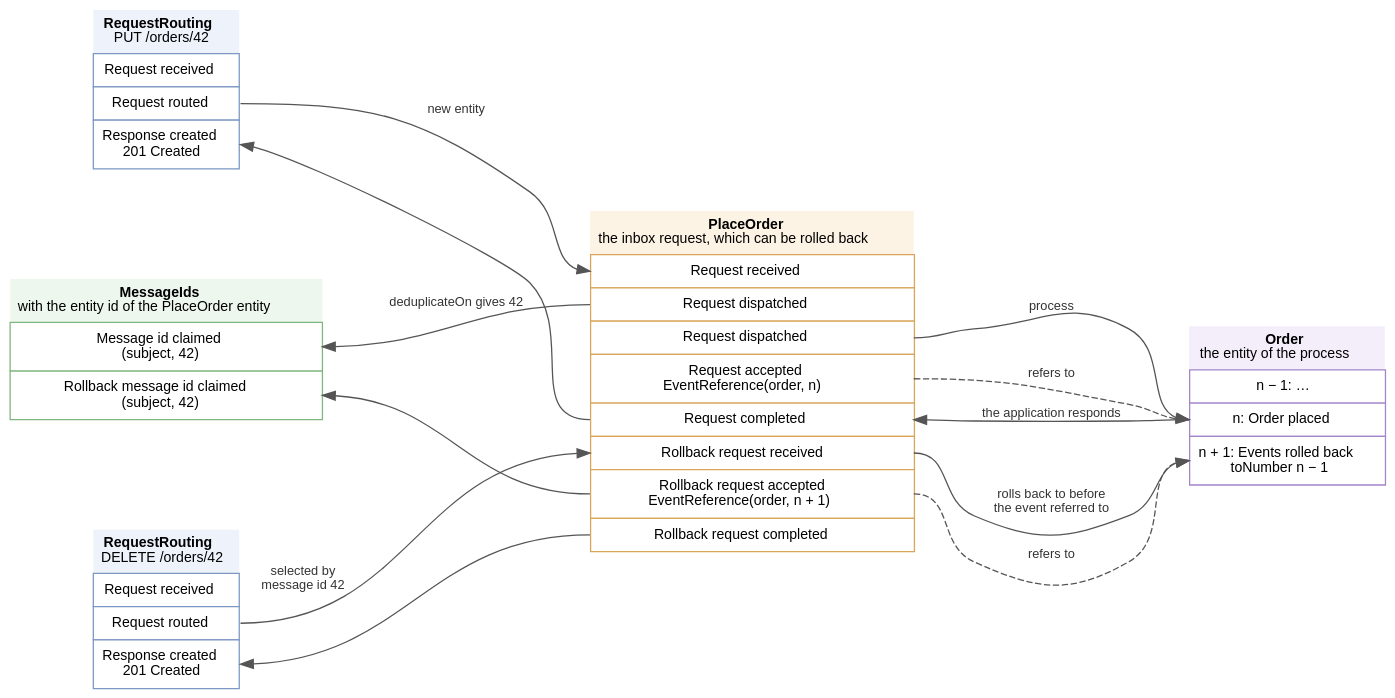
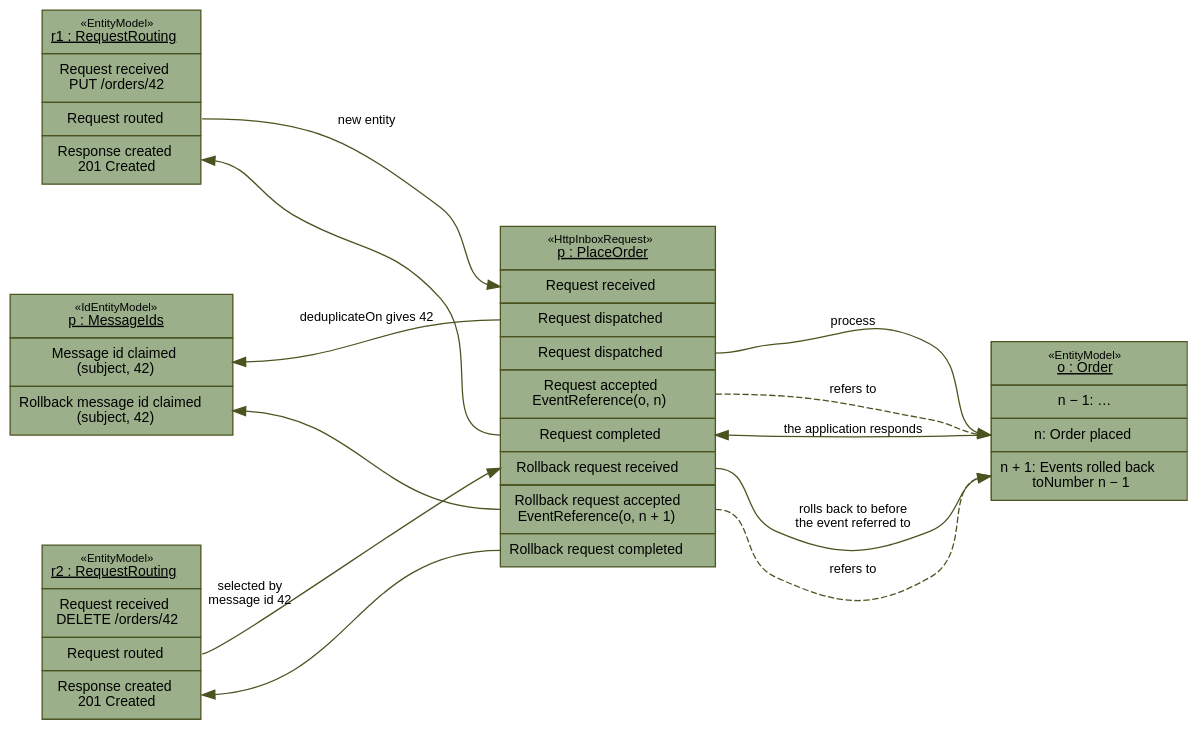
Before and after one commit to the-backend-project/tits: the diagram in doc-diagrams/src/main/resources/com/github/thxmasj/backend/docdiagrams/http-inbox-rollback.dot, drawn with Graphviz. The commit also changed 1 other file, not shown here.

Commit message:
Draw the rollback diagram in the colours of the other diagrams
The entities of the rollback diagram take the fill, border and arrow
colours of the generated diagrams. Their headers name the entity in UML
object notation, entity id and entity model, under the type of the
model as a stereotype, which also shows that the entity of MessageIds
has the entity id of the entity of the inbox request.

```diff
--- a/doc-diagrams/src/main/resources/com/github/thxmasj/backend/docdiagrams/http-inbox-rollback.dot
+++ b/doc-diagrams/src/main/resources/com/github/thxmasj/backend/docdiagrams/http-inbox-rollback.dot
@@ -1,69 +1,71 @@
 // How a rollback finds a request of an inbox request, and the events the request caused on the application. Each
-// entity is a stack of its events, oldest on top. Solid arrows are triggers, dashed arrows event references.
+// entity is a stack of its events, oldest on top, under its entity id and entity model in UML object notation, with
+// the type of the model as a stereotype. Solid arrows are triggers, dashed arrows event references. The colours are
+// those of the other diagrams.
 digraph rollback {
   graph [rankdir=LR, nodesep=0.6, ranksep=1.3, fontname="Helvetica", bgcolor="transparent"]
   node [shape=plain, fontname="Helvetica", fontsize=11]
-  edge [fontname="Helvetica", fontsize=10, color="#555555", fontcolor="#333333"]
+  edge [fontname="Helvetica", fontsize=10, color="#4b5320", fontcolor="#000000"]
 
   put [label=<
-    <table border="0" cellborder="1" cellspacing="0" cellpadding="6" bgcolor="#eef3fb" color="#7d97c4">
-      <tr><td border="0"><b>RequestRouting</b><br/>PUT /orders/42</td></tr>
-      <tr><td port="received" bgcolor="white">Request received</td></tr>
-      <tr><td port="routed" bgcolor="white">Request routed</td></tr>
-      <tr><td port="response" bgcolor="white">Response created<br/>201 Created</td></tr>
+    <table border="0" cellborder="1" cellspacing="0" cellpadding="6" bgcolor="#9bb08a" color="#4b5320">
+      <tr><td><font point-size="9">«EntityModel»</font><br/><u>r1 : RequestRouting</u></td></tr>
+      <tr><td port="received">Request received<br/>PUT /orders/42</td></tr>
+      <tr><td port="routed">Request routed</td></tr>
+      <tr><td port="response">Response created<br/>201 Created</td></tr>
     </table>>]
 
   delete [label=<
-    <table border="0" cellborder="1" cellspacing="0" cellpadding="6" bgcolor="#eef3fb" color="#7d97c4">
-      <tr><td border="0"><b>RequestRouting</b><br/>DELETE /orders/42</td></tr>
-      <tr><td port="received" bgcolor="white">Request received</td></tr>
-      <tr><td port="routed" bgcolor="white">Request routed</td></tr>
-      <tr><td port="response" bgcolor="white">Response created<br/>201 Created</td></tr>
+    <table border="0" cellborder="1" cellspacing="0" cellpadding="6" bgcolor="#9bb08a" color="#4b5320">
+      <tr><td><font point-size="9">«EntityModel»</font><br/><u>r2 : RequestRouting</u></td></tr>
+      <tr><td port="received">Request received<br/>DELETE /orders/42</td></tr>
+      <tr><td port="routed">Request routed</td></tr>
+      <tr><td port="response">Response created<br/>201 Created</td></tr>
     </table>>]
 
   request [label=<
-    <table border="0" cellborder="1" cellspacing="0" cellpadding="6" bgcolor="#fdf3e4" color="#d9a55a">
-      <tr><td border="0"><b>PlaceOrder</b><br/>the inbox request, which can be rolled back</td></tr>
-      <tr><td port="received" bgcolor="white">Request received</td></tr>
-      <tr><td port="claim" bgcolor="white">Request dispatched</td></tr>
-      <tr><td port="dispatched" bgcolor="white">Request dispatched</td></tr>
-      <tr><td port="accepted" bgcolor="white">Request accepted<br/>EventReference(order, n)</td></tr>
-      <tr><td port="completed" bgcolor="white">Request completed</td></tr>
-      <tr><td port="rb_received" bgcolor="white">Rollback request received</td></tr>
-      <tr><td port="rb_accepted" bgcolor="white">Rollback request accepted<br/>EventReference(order, n + 1)</td></tr>
-      <tr><td port="rb_completed" bgcolor="white">Rollback request completed</td></tr>
+    <table border="0" cellborder="1" cellspacing="0" cellpadding="6" bgcolor="#9bb08a" color="#4b5320">
+      <tr><td port="header"><font point-size="9">«HttpInboxRequest»</font><br/><u>p : PlaceOrder</u></td></tr>
+      <tr><td port="received">Request received</td></tr>
+      <tr><td port="claim">Request dispatched</td></tr>
+      <tr><td port="dispatched">Request dispatched</td></tr>
+      <tr><td port="accepted">Request accepted<br/>EventReference(o, n)</td></tr>
+      <tr><td port="completed">Request completed</td></tr>
+      <tr><td port="rb_received">Rollback request received</td></tr>
+      <tr><td port="rb_accepted">Rollback request accepted<br/>EventReference(o, n + 1)</td></tr>
+      <tr><td port="rb_completed">Rollback request completed</td></tr>
     </table>>]
 
   ids [label=<
-    <table border="0" cellborder="1" cellspacing="0" cellpadding="6" bgcolor="#eef7ee" color="#7fb57f">
-      <tr><td border="0"><b>MessageIds</b><br/>with the entity id of the PlaceOrder entity</td></tr>
-      <tr><td port="claimed" bgcolor="white">Message id claimed<br/>(subject, 42)</td></tr>
-      <tr><td port="rb_claimed" bgcolor="white">Rollback message id claimed<br/>(subject, 42)</td></tr>
+    <table border="0" cellborder="1" cellspacing="0" cellpadding="6" bgcolor="#9bb08a" color="#4b5320">
+      <tr><td port="header"><font point-size="9">«IdEntityModel»</font><br/><u>p : MessageIds</u></td></tr>
+      <tr><td port="claimed">Message id claimed<br/>(subject, 42)</td></tr>
+      <tr><td port="rb_claimed">Rollback message id claimed<br/>(subject, 42)</td></tr>
     </table>>]
 
   order [label=<
-    <table border="0" cellborder="1" cellspacing="0" cellpadding="6" bgcolor="#f4eefa" color="#a385c9">
-      <tr><td border="0"><b>Order</b><br/>the entity of the process</td></tr>
-      <tr><td port="before" bgcolor="white">n − 1: …</td></tr>
-      <tr><td port="placed" bgcolor="white">n: Order placed</td></tr>
-      <tr><td port="rolled_back" bgcolor="white">n + 1: Events rolled back<br/>toNumber n − 1</td></tr>
+    <table border="0" cellborder="1" cellspacing="0" cellpadding="6" bgcolor="#9bb08a" color="#4b5320">
+      <tr><td><font point-size="9">«EntityModel»</font><br/><u>o : Order</u></td></tr>
+      <tr><td port="before">n − 1: …</td></tr>
+      <tr><td port="placed">n: Order placed</td></tr>
+      <tr><td port="rolled_back">n + 1: Events rolled back<br/>toNumber n − 1</td></tr>
     </table>>]
 
   // Triggers
   put:routed:e -> request:received:w [label="new entity"]
   delete:routed:e -> request:rb_received:w [taillabel="selected by\nmessage id 42", labelangle=30, labeldistance=6]
   request:dispatched:e -> order:placed:w [label="process"]
   request:rb_received:e -> order:rolled_back:w [label="rolls back to before\nthe event referred to"]
   // Triggers against the direction of the layout are drawn reversed, so that they don't loop around the stacks
   request:completed:e -> order:placed:w [dir=back, label="the application responds"]
   put:response:e -> request:completed:w [dir=back]
   ids:claimed:e -> request:claim:w [dir=back, label="deduplicateOn gives 42"]
   ids:rb_claimed:e -> request:rb_accepted:w [dir=back]
   delete:response:e -> request:rb_completed:w [dir=back]
 
   // Event references
   request:accepted:e -> order:placed:w [style=dashed, label="refers to"]
   request:rb_accepted:e -> order:rolled_back:w [style=dashed, label="refers to"]
 
   {rank=same; put -> ids -> delete [style=invis]}
 }
```
